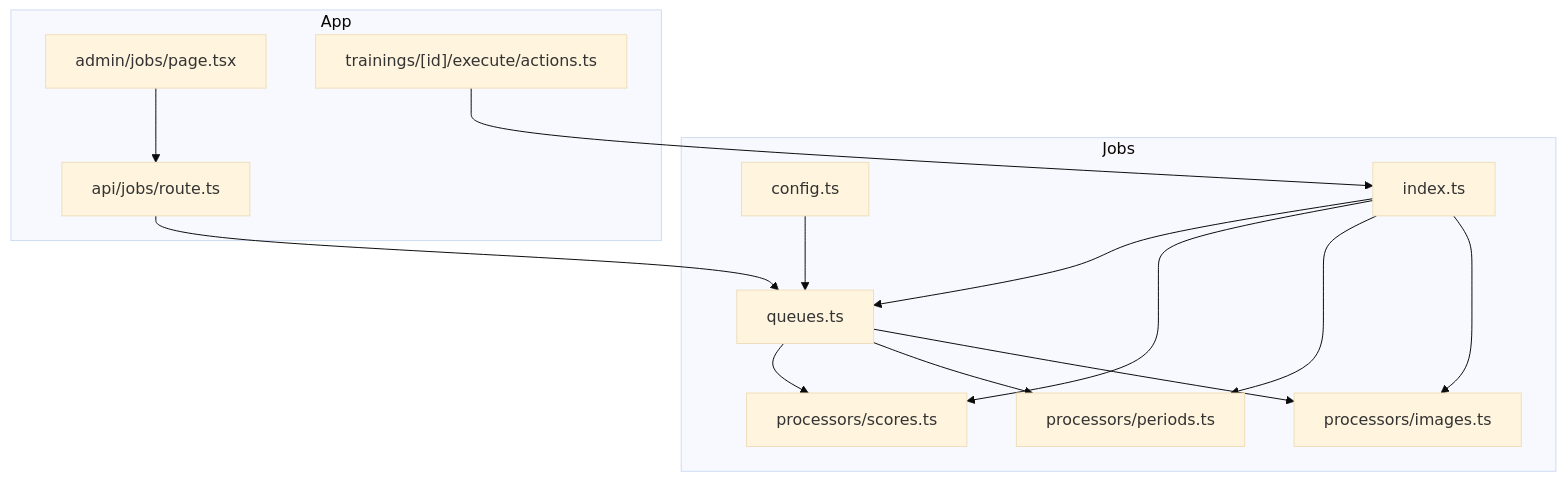
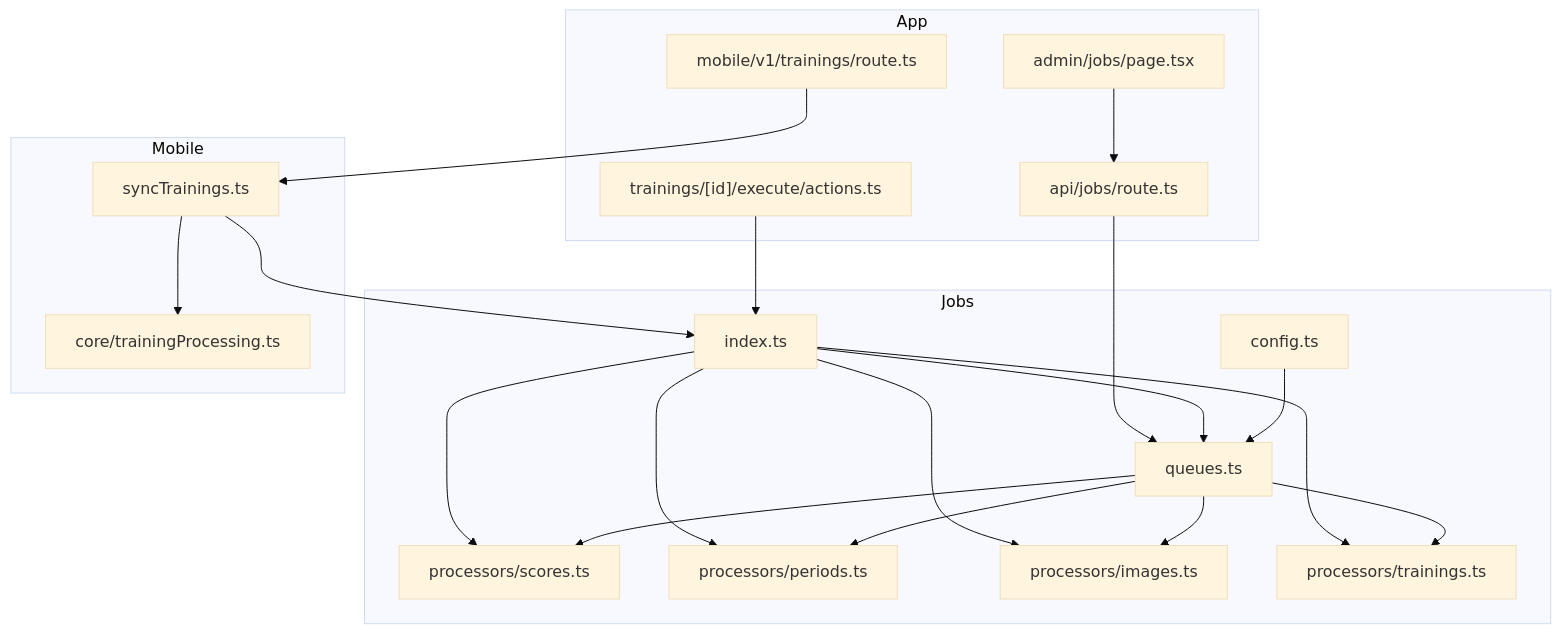
The first of 9 diagrams in .qoder/repowiki/en/content/Background Job System.md (Dezzpil/meingym), drawn with Mermaid (base theme) before and after one commit. The commit also changed other lines of this file and 5 other files, not shown here.

````diff
--- a/.qoder/repowiki/en/content/Background Job System.md
+++ b/.qoder/repowiki/en/content/Background Job System.md
@@ -43,27 +57,38 @@
 ```mermaid
 graph TB
 subgraph "Jobs"
 A["config.ts"]
 B["queues.ts"]
 C["index.ts"]
 D["processors/scores.ts"]
 E["processors/periods.ts"]
 F["processors/images.ts"]
+G["processors/trainings.ts"]
 end
 subgraph "App"
-G["api/jobs/route.ts"]
-H["admin/jobs/page.tsx"]
-I["trainings/[id]/execute/actions.ts"]
+H["api/jobs/route.ts"]
+I["admin/jobs/page.tsx"]
+J["trainings/[id]/execute/actions.ts"]
+K["mobile/v1/trainings/route.ts"]
+end
+subgraph "Mobile"
+L["syncTrainings.ts"]
+M["core/trainingProcessing.ts"]
 end
 A --> B
 B --> D
 B --> E
 B --> F
+B --> G
 C --> B
 C --> D
 C --> E
 C --> F
-I --> C
-G --> B
-H --> G
+C --> G
+J --> C
+K --> L
+L --> C
+L --> M
+H --> B
+I --> H
 ```
````
